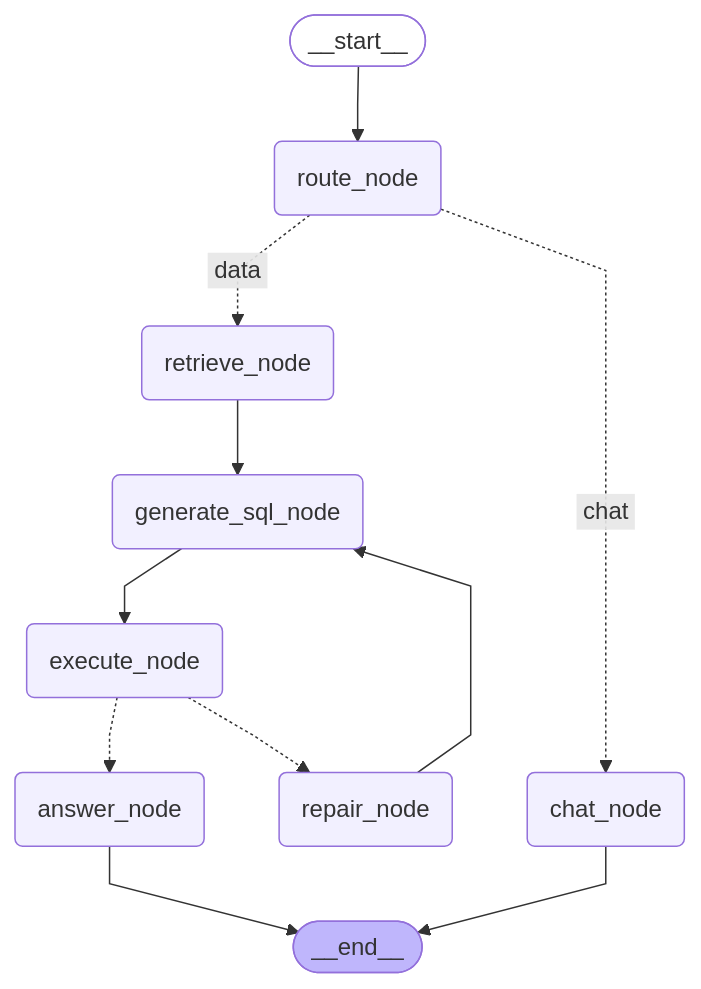
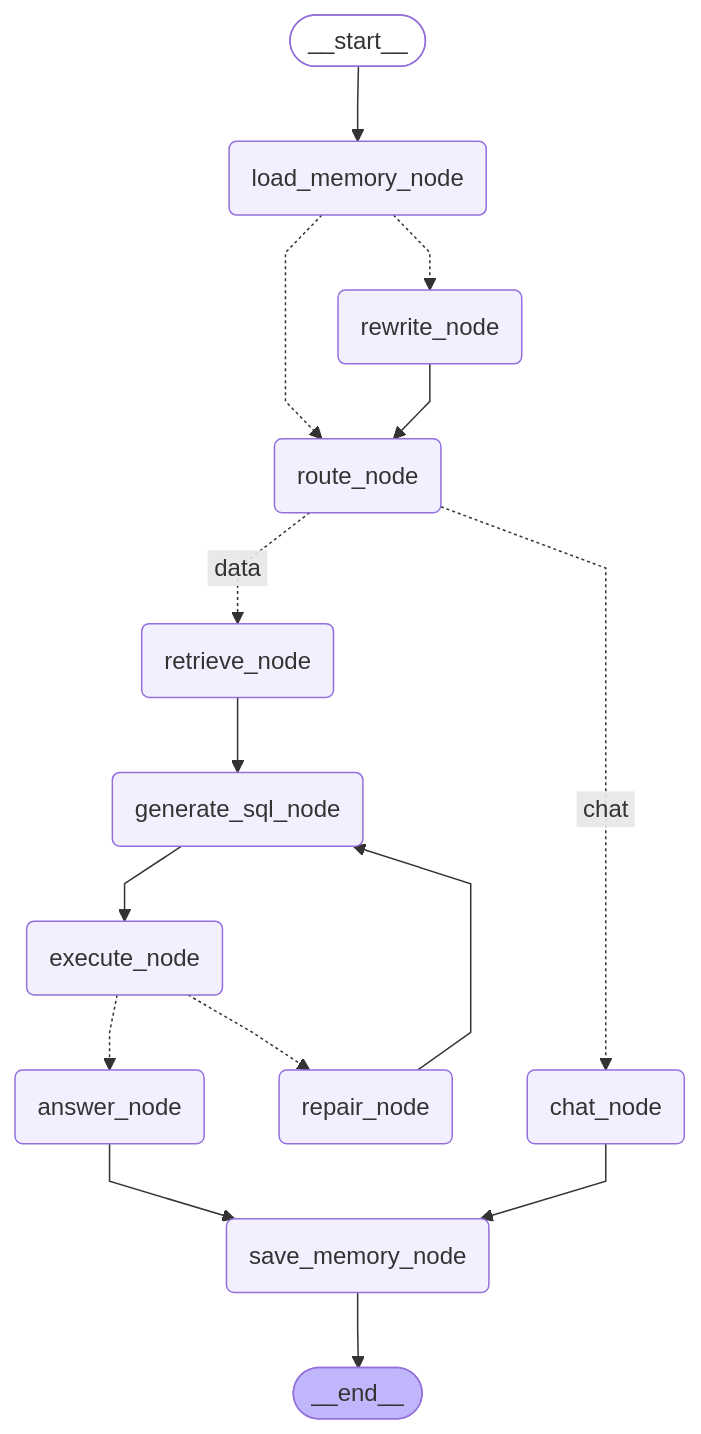
The diagram in backend/agent_graph.mmd (flashekjkj/dataquery), drawn with Mermaid before and after one commit. The commit also changed 17 other files, not shown here.

```diff
--- a/backend/agent_graph.mmd
+++ b/backend/agent_graph.mmd
@@ -1,28 +1,35 @@
 ---
 config:
   flowchart:
     curve: linear
 ---
 graph TD;
 	__start__([<p>__start__</p>]):::first
+	load_memory_node(load_memory_node)
+	rewrite_node(rewrite_node)
 	route_node(route_node)
 	chat_node(chat_node)
 	retrieve_node(retrieve_node)
 	generate_sql_node(generate_sql_node)
 	execute_node(execute_node)
 	repair_node(repair_node)
 	answer_node(answer_node)
+	save_memory_node(save_memory_node)
 	__end__([<p>__end__</p>]):::last
-	__start__ --> route_node;
+	__start__ --> load_memory_node;
+	answer_node --> save_memory_node;
+	chat_node --> save_memory_node;
 	execute_node -.-> answer_node;
 	execute_node -.-> repair_node;
 	generate_sql_node --> execute_node;
+	load_memory_node -.-> rewrite_node;
+	load_memory_node -.-> route_node;
 	repair_node --> generate_sql_node;
 	retrieve_node --> generate_sql_node;
+	rewrite_node --> route_node;
 	route_node -. &nbsp;chat&nbsp; .-> chat_node;
 	route_node -. &nbsp;data&nbsp; .-> retrieve_node;
-	answer_node --> __end__;
-	chat_node --> __end__;
+	save_memory_node --> __end__;
 	classDef default fill:#f2f0ff,line-height:1.2
 	classDef first fill-opacity:0
 	classDef last fill:#bfb6fc
```
